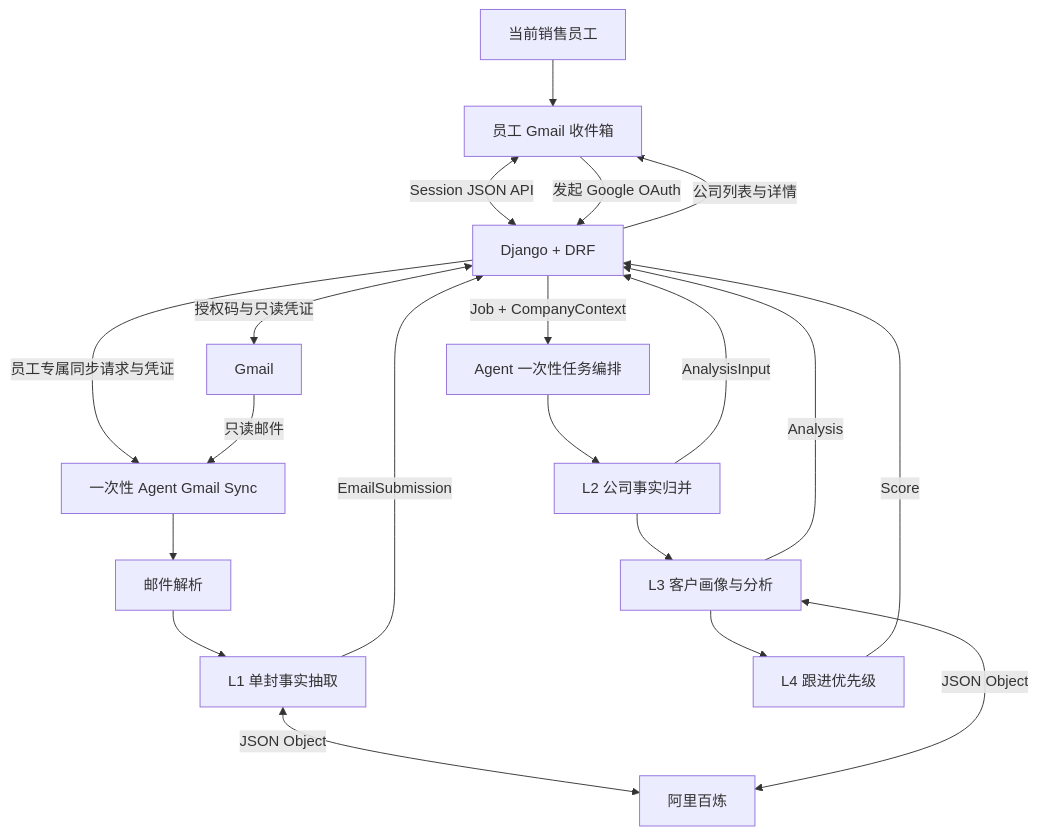
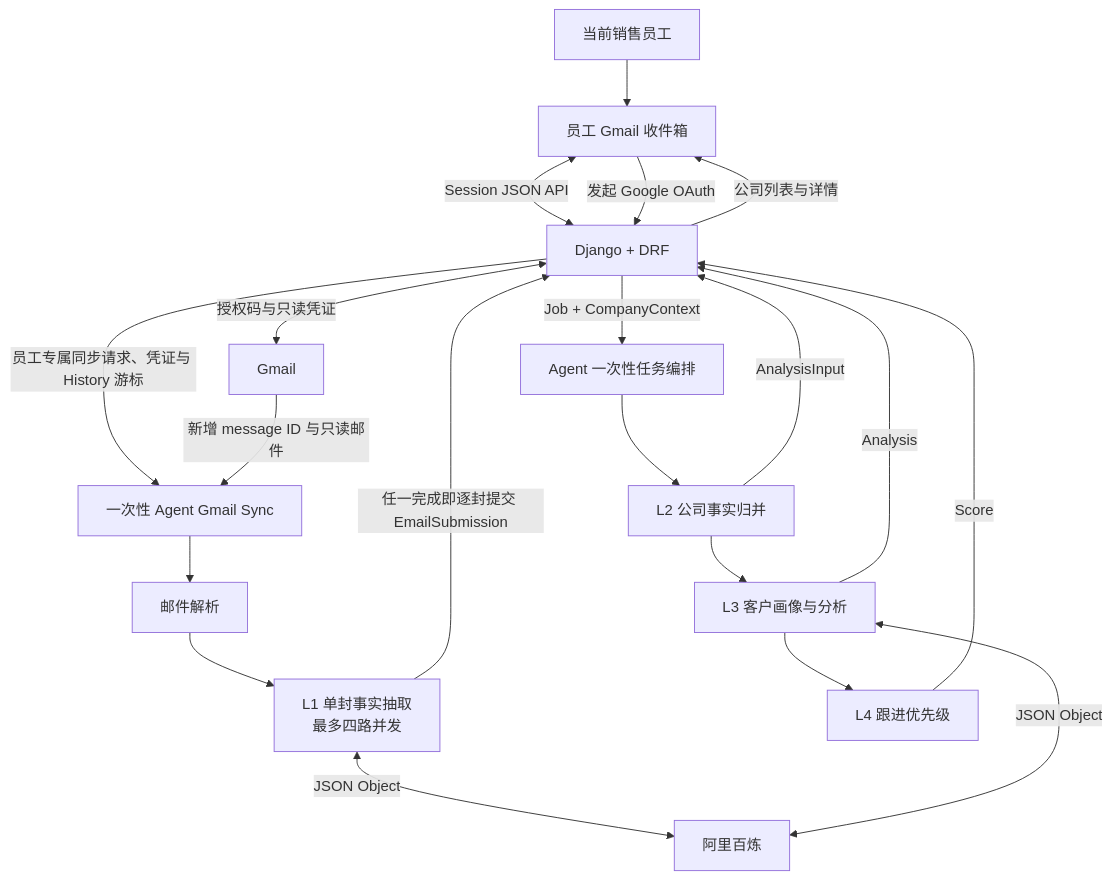
One commit to heropig114514/SalesMate changed the diagram in backend/README.md. Above: the diagram before and after it, drawn with Mermaid. The commit also changed other lines of this file and 9 other files, not shown here.

````diff
--- a/backend/README.md
+++ b/backend/README.md
@@ -35,23 +35,23 @@
 ```mermaid
 flowchart TB
     USER[当前销售员工] --> WEB[员工 Gmail 收件箱]
     WEB <-->|Session JSON API| DJANGO[Django + DRF]
     WEB -->|发起 Google OAuth| DJANGO
     DJANGO <-->|授权码与只读凭证| GMAIL[Gmail]
-    DJANGO -->|员工专属同步请求与凭证| SYNC[一次性 Agent Gmail Sync]
-    GMAIL -->|只读邮件| SYNC
+    DJANGO -->|员工专属同步请求、凭证与 History 游标| SYNC[一次性 Agent Gmail Sync]
+    GMAIL -->|新增 message ID 与只读邮件| SYNC
     SYNC --> PARSE[邮件解析]
-    PARSE --> L1[L1 单封事实抽取]
+    PARSE --> L1[L1 单封事实抽取<br/>最多四路并发]
     L1 <-->|JSON Object| BAILIAN[阿里百炼]
-    L1 -->|EmailSubmission| DJANGO
+    L1 -->|任一完成即逐封提交 EmailSubmission| DJANGO
 
     DJANGO -->|Job + CompanyContext| ORCH[Agent 一次性任务编排]
     ORCH --> L2[L2 公司事实归并]
     L2 --> L3[L3 客户画像与分析]
     L3 <-->|JSON Object| BAILIAN
     L3 --> L4[L4 跟进优先级]
     L2 -->|AnalysisInput| DJANGO
     L3 -->|Analysis| DJANGO
     L4 -->|Score| DJANGO
     DJANGO -->|公司列表与详情| WEB
 ```
````
